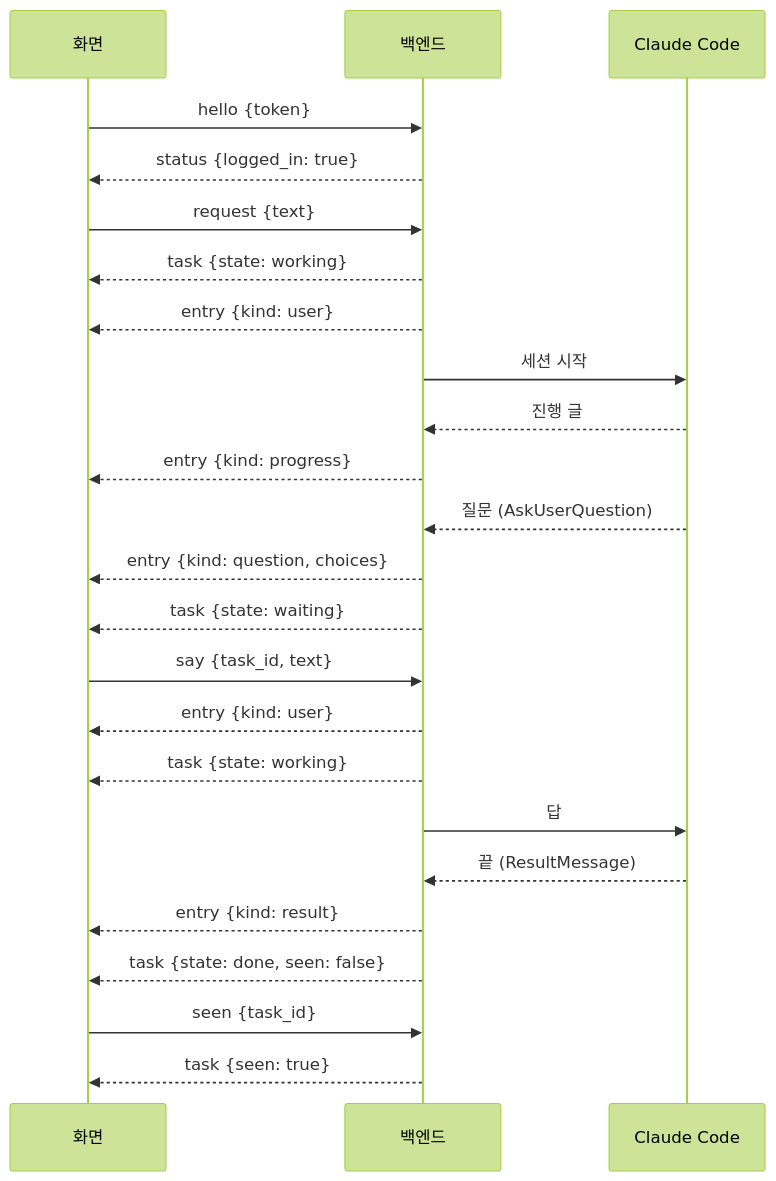
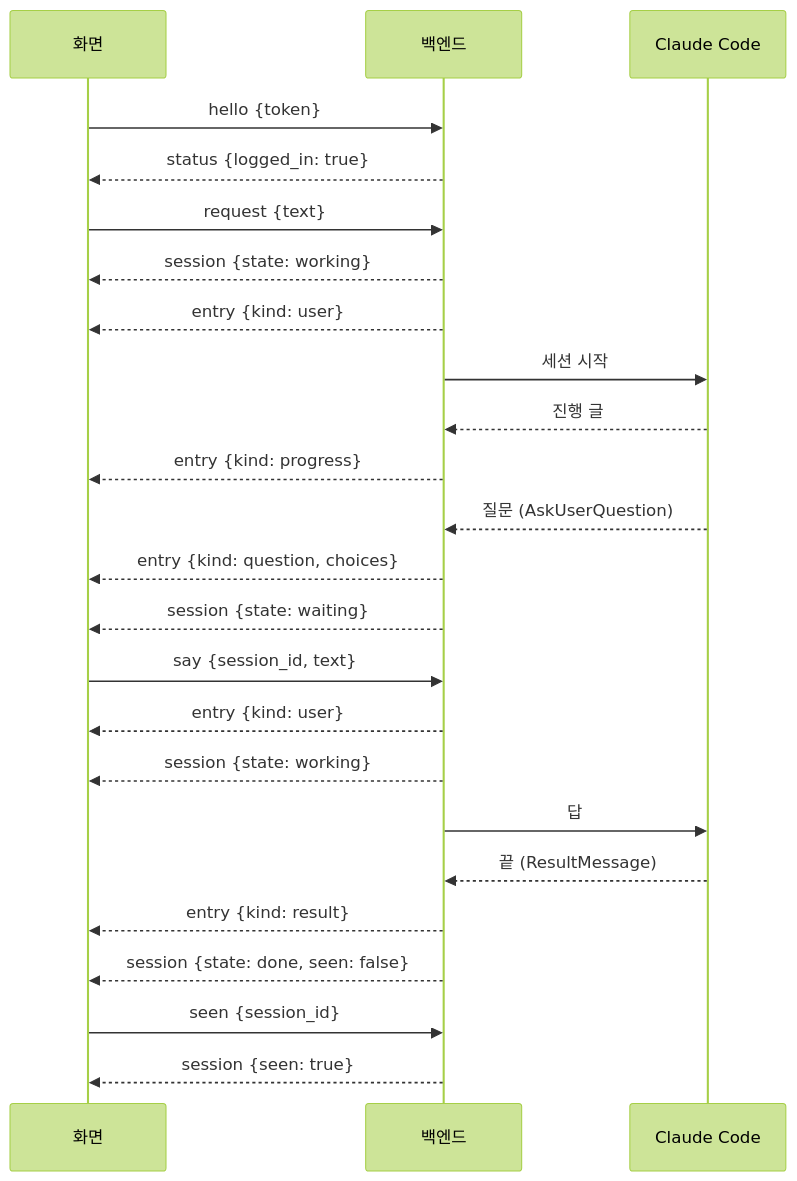
Before and after one commit to HEOSEONGILml/AssistantChatBot: the first of 2 diagrams in docs/backend-protocol.md, drawn with Mermaid (forest theme). The commit also changed other lines of this file and 36 other files, not shown here.

````diff
--- a/docs/backend-protocol.md
+++ b/docs/backend-protocol.md
@@ -126,26 +126,26 @@
 ```mermaid
 sequenceDiagram
   participant S as 화면
   participant B as 백엔드
   participant C as Claude Code
   S->>B: hello {token}
   B-->>S: status {logged_in: true}
   S->>B: request {text}
-  B-->>S: task {state: working}
+  B-->>S: session {state: working}
   B-->>S: entry {kind: user}
   B->>C: 세션 시작
   C-->>B: 진행 글
   B-->>S: entry {kind: progress}
   C-->>B: 질문 (AskUserQuestion)
   B-->>S: entry {kind: question, choices}
-  B-->>S: task {state: waiting}
-  S->>B: say {task_id, text}
+  B-->>S: session {state: waiting}
+  S->>B: say {session_id, text}
   B-->>S: entry {kind: user}
-  B-->>S: task {state: working}
+  B-->>S: session {state: working}
   B->>C: 답
   C-->>B: 끝 (ResultMessage)
   B-->>S: entry {kind: result}
-  B-->>S: task {state: done, seen: false}
-  S->>B: seen {task_id}
-  B-->>S: task {seen: true}
+  B-->>S: session {state: done, seen: false}
+  S->>B: seen {session_id}
+  B-->>S: session {seen: true}
 ```
````
